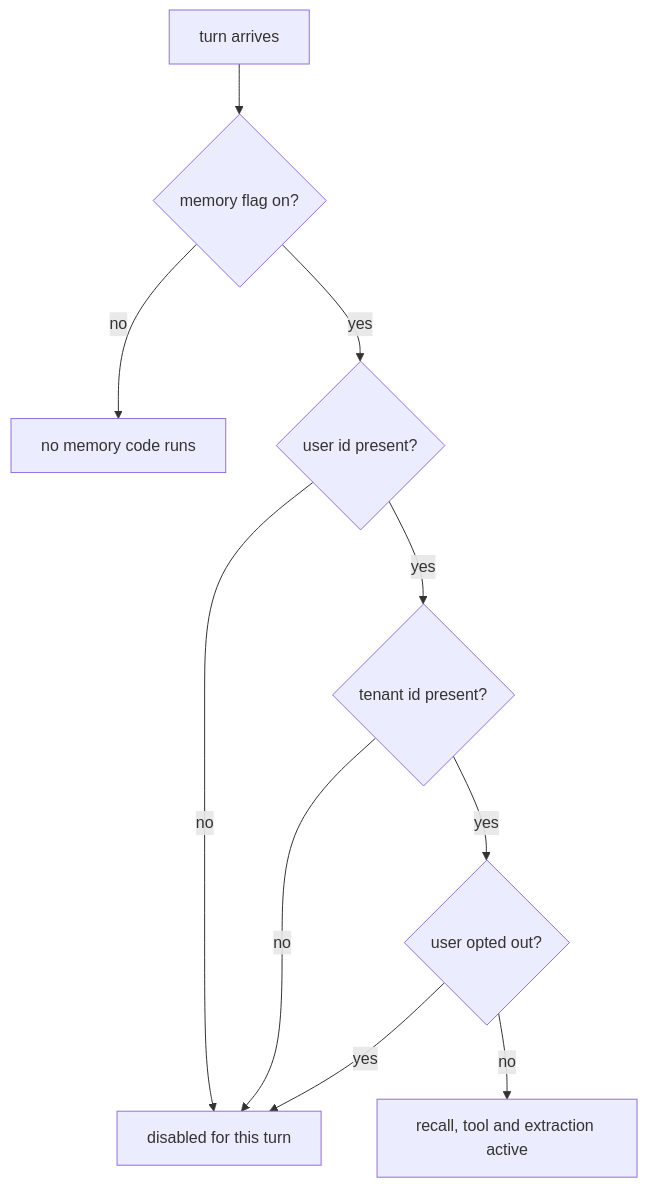
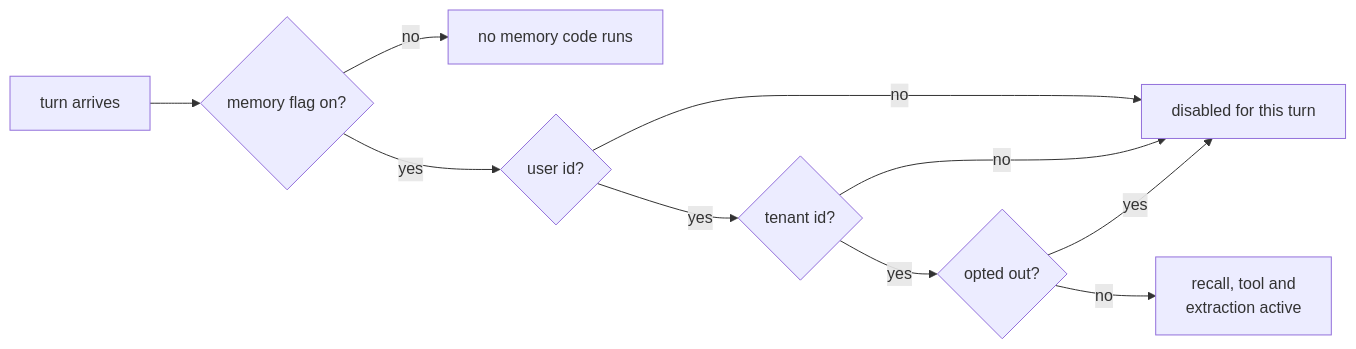
One commit to ap05-epic/agent-memory-prototype changed the ninth of 10 diagrams in docs/agent-memory/ARCHITECTURE.md. Above: the diagram before and after it, drawn with Mermaid. The commit also changed other lines of this file, not shown here.

First line of the commit message:
Diagrams: render-verified and four layout fixes

````diff
--- a/docs/agent-memory/ARCHITECTURE.md
+++ b/docs/agent-memory/ARCHITECTURE.md
@@ -261,12 +258,12 @@
 ```mermaid
-flowchart TD
+flowchart LR
     A[turn arrives] --> B{memory flag on?}
     B -->|no| OFF[no memory code runs]
-    B -->|yes| C{user id present?}
+    B -->|yes| C{user id?}
     C -->|no| GATE["disabled for this turn"]
-    C -->|yes| D{tenant id present?}
+    C -->|yes| D{tenant id?}
     D -->|no| GATE
-    D -->|yes| E{user opted out?}
+    D -->|yes| E{opted out?}
     E -->|yes| GATE
-    E -->|no| ON["recall, tool and extraction active"]
+    E -->|no| ON["recall, tool and<br/>extraction active"]
 ```
````
